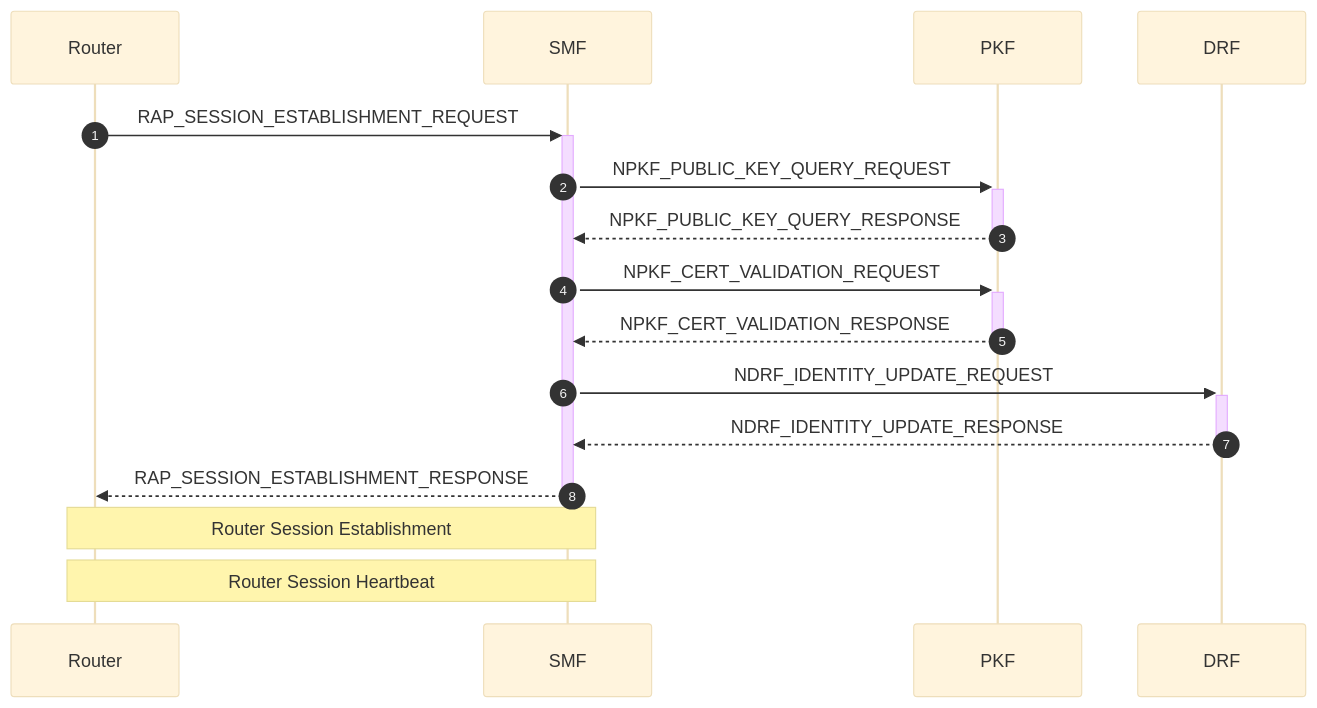
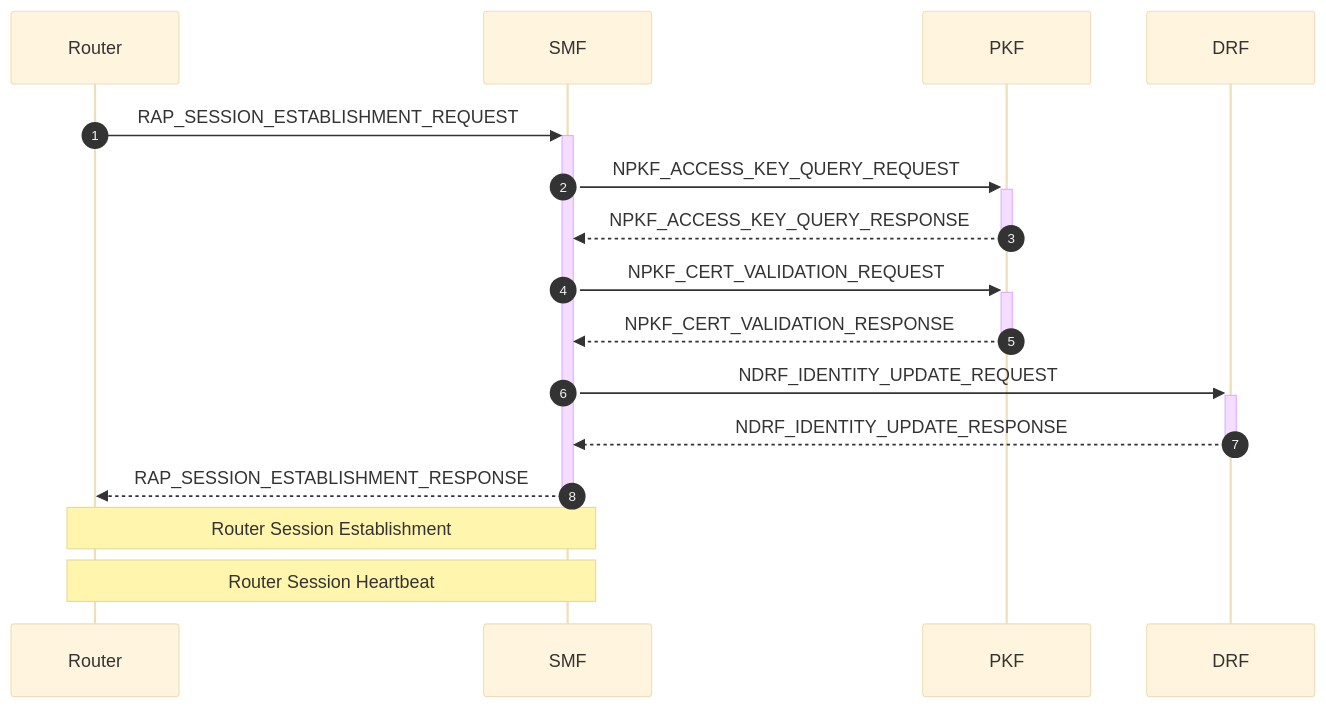
Before and after one commit to veil-link/veilink: the ninth of 23 diagrams in doc/doc-spec/00-series-general/00.002-procedure.md, drawn with Mermaid (base theme). The commit also changed other lines of this file and 1 other file, not shown here.

Commit message:
chore: update as access key

````diff
--- a/doc/doc-spec/00-series-general/00.002-procedure.md
+++ b/doc/doc-spec/00-series-general/00.002-procedure.md
@@ -209,21 +207,21 @@
 ```mermaid
 sequenceDiagram
     autonumber
 
     participant rt as Router
     participant smf as SMF
     participant pkf as PKF
     participant drf as DRF
 
     rt ->>+ smf: RAP_SESSION_ESTABLISHMENT_REQUEST
-    smf ->>+ pkf: NPKF_PUBLIC_KEY_QUERY_REQUEST
-    pkf -->>- smf: NPKF_PUBLIC_KEY_QUERY_RESPONSE
+    smf ->>+ pkf: NPKF_ACCESS_KEY_QUERY_REQUEST
+    pkf -->>- smf: NPKF_ACCESS_KEY_QUERY_RESPONSE
     smf ->>+ pkf: NPKF_CERT_VALIDATION_REQUEST
     pkf -->>- smf: NPKF_CERT_VALIDATION_RESPONSE
     smf ->>+ drf: NDRF_IDENTITY_UPDATE_REQUEST
     drf -->>- smf: NDRF_IDENTITY_UPDATE_RESPONSE
     smf -->>- rt: RAP_SESSION_ESTABLISHMENT_RESPONSE
 
     Note over rt, smf: Router Session Establishment
     Note over rt, smf: Router Session Heartbeat
 ```
````
